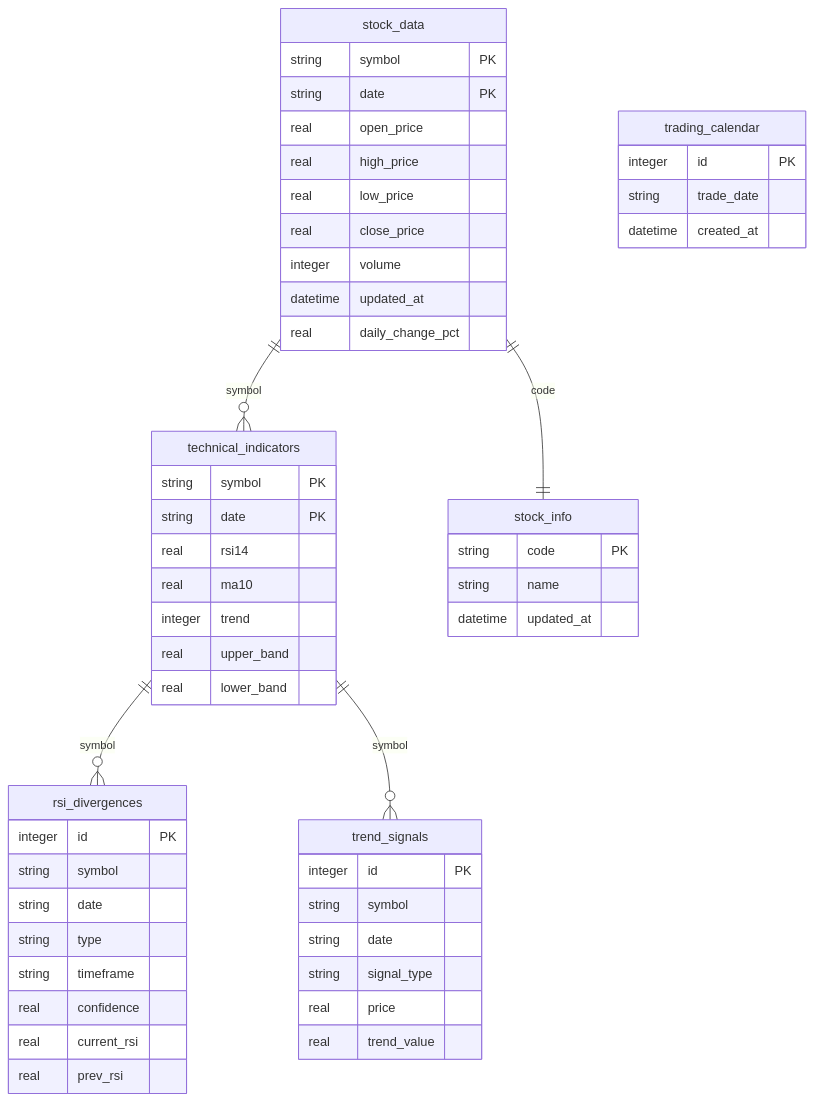
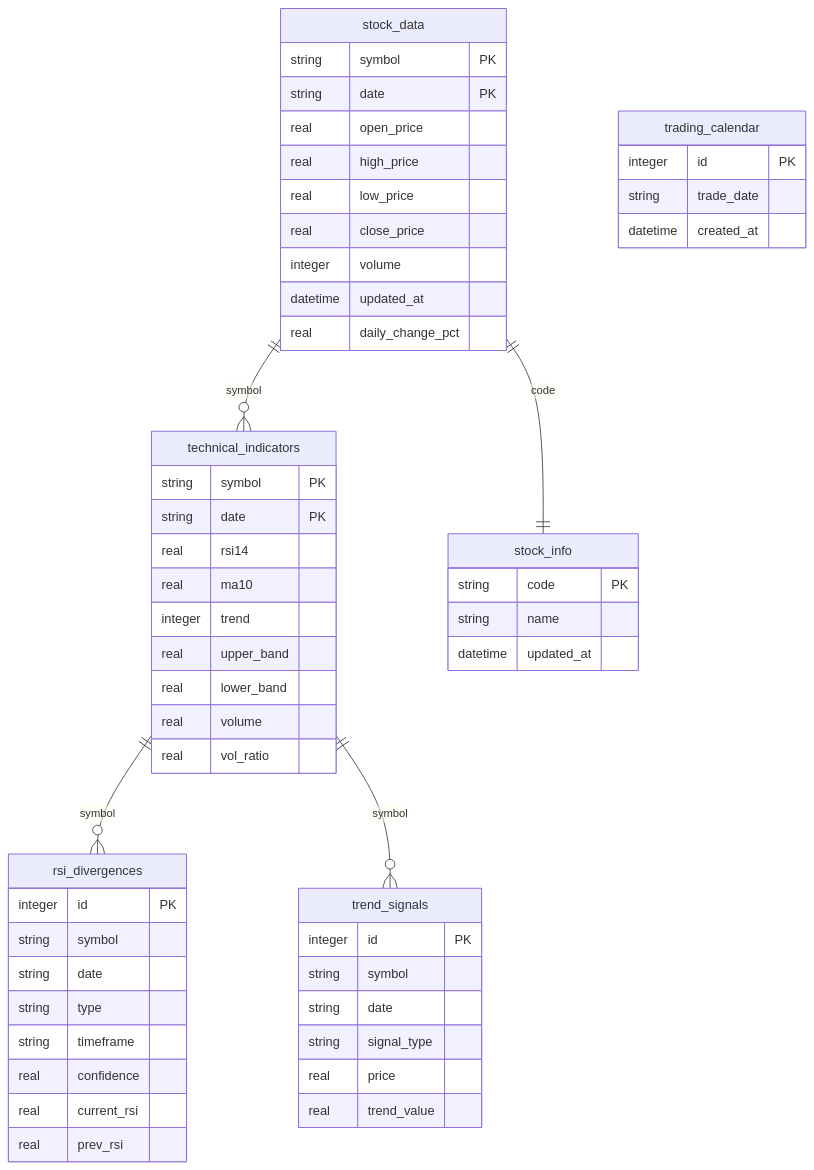
Before and after one commit to jerlinn/PulseTrader: the second of 3 diagrams in Readme.md, drawn with Mermaid. The commit also changed other lines of this file and 3 other files, not shown here.

````diff
--- a/Readme.md
+++ b/Readme.md
@@ -111,61 +111,63 @@
 ```mermaid
 erDiagram
     stock_data ||--o{ technical_indicators : symbol
     technical_indicators ||--o{ rsi_divergences : symbol
     technical_indicators ||--o{ trend_signals : symbol
     stock_data ||--|| stock_info : code
     
     stock_data {
         string symbol PK
         string date PK
         real open_price
         real high_price  
         real low_price
         real close_price
         integer volume
         datetime updated_at
         real daily_change_pct
     }
     
     technical_indicators {
         string symbol PK
         string date PK
         real rsi14
         real ma10
         integer trend
         real upper_band
         real lower_band
+        real volume
+        real vol_ratio
     }
     
     rsi_divergences {
         integer id PK
         string symbol
         string date
         string type
         string timeframe
         real confidence
         real current_rsi
         real prev_rsi
     }
     
     trend_signals {
         integer id PK
         string symbol
         string date
         string signal_type
         real price
         real trend_value
     }
     
     stock_info {
         string code PK
         string name
         datetime updated_at
     }
     
     trading_calendar {
         integer id PK
         string trade_date
         datetime created_at
     }
 ```
````
